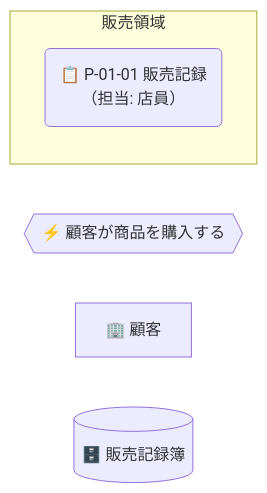
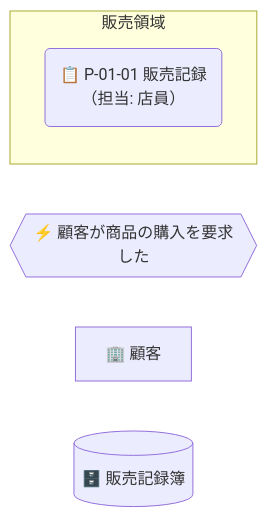
The second of 5 diagrams in docs/ja/specdojo/rulebooks/cdfd-mermaid-rulebook.md (specdojo/specdojo), drawn with Mermaid before and after one commit. The commit also changed other lines of this file and 10 other files, not shown here.

````diff
--- a/docs/ja/specdojo/rulebooks/cdfd-mermaid-rulebook.md
+++ b/docs/ja/specdojo/rulebooks/cdfd-mermaid-rulebook.md
@@ -113,9 +124,9 @@
 ```mermaid
 flowchart LR
   subgraph 販売領域["販売領域"]
     販売記録("📋 P-01-01 販売記録<br>（担当: 店員）")
   end
-  購入要求{{"⚡ 顧客が商品を購入する"}}
+  購入要求{{"⚡ 顧客が商品の購入を要求した"}}
   顧客["🏢 顧客"]
   販売記録簿[("🗄️ 販売記録簿")]
 ```
````
